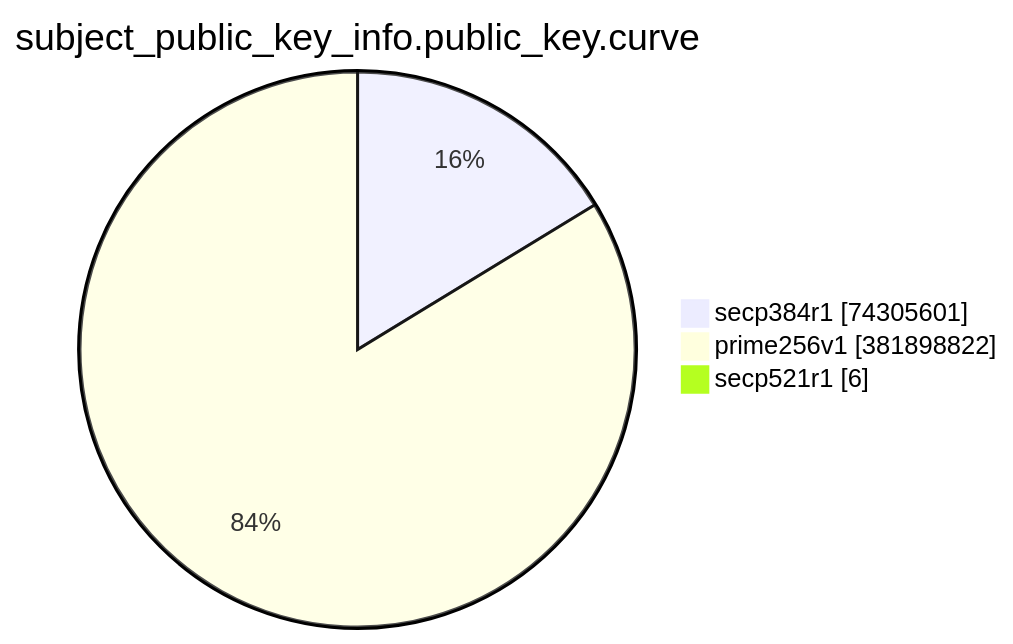
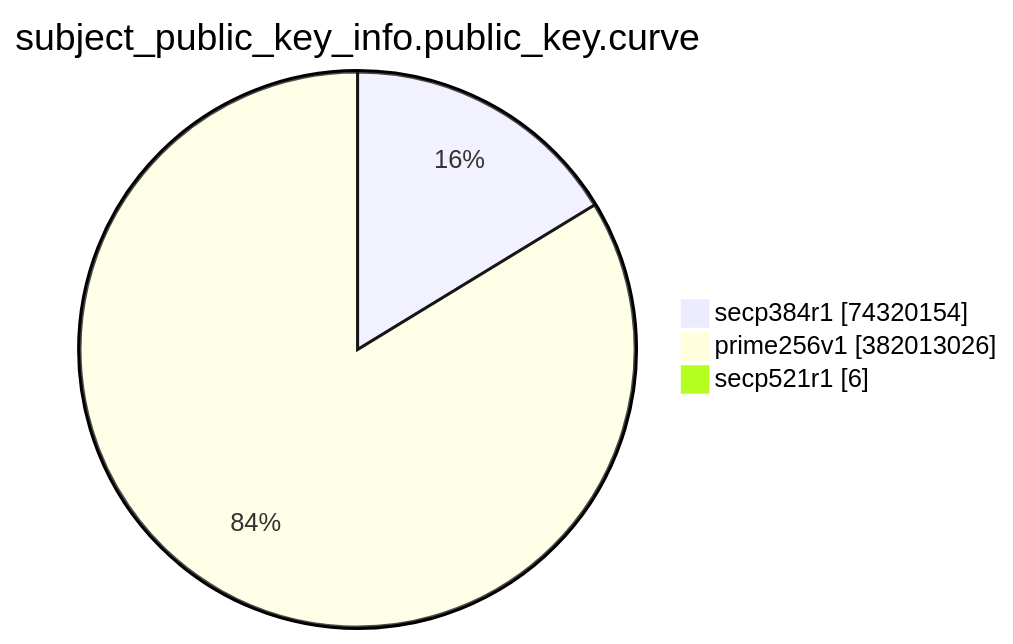
Before and after one commit to christiankrug/ctmonitor_visualization: the eighth of 15 diagrams in TOTAL/README.md, drawn with Mermaid. The commit also changed other lines of this file, not shown here.

````diff
--- a/TOTAL/README.md
+++ b/TOTAL/README.md
@@ -3094,7 +3094,7 @@
 ```mermaid
 pie showData
 title subject_public_key_info.public_key.curve
-"secp384r1" :74305601
-"prime256v1" :381898822
+"secp384r1" :74320154
+"prime256v1" :382013026
 "secp521r1" :6
 ```
````
